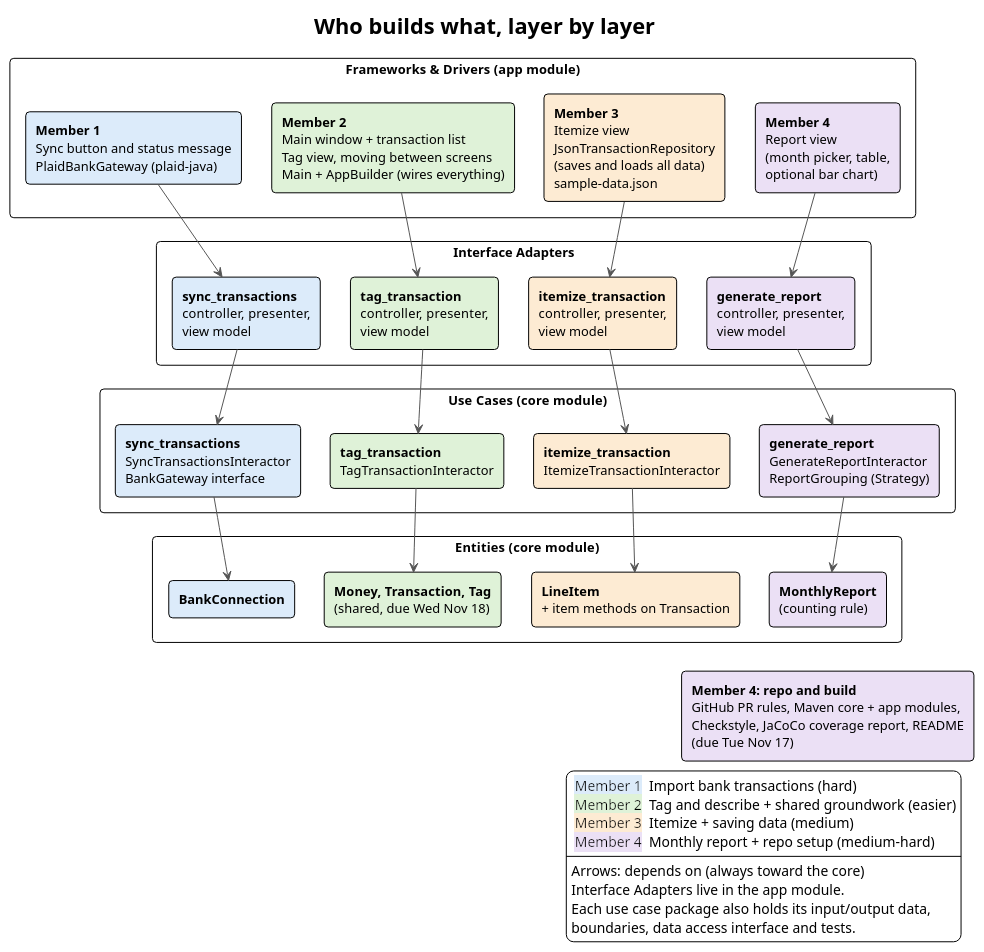
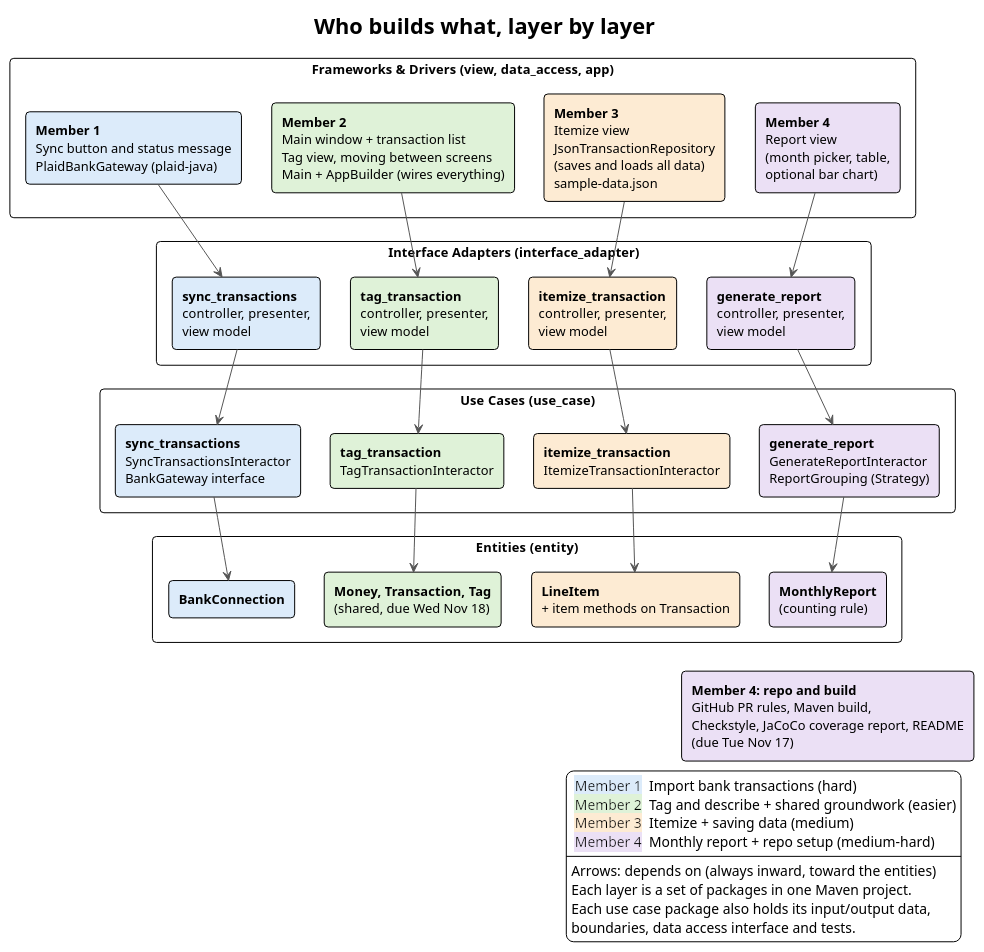
Before and after one commit to songranshyu/207-final-project: the diagram in docs/diagrams/who-builds-what.puml, drawn with PlantUML. The commit also changed 17 other files, not shown here.

```diff
--- a/docs/diagrams/who-builds-what.puml
+++ b/docs/diagrams/who-builds-what.puml
@@ -1,79 +1,79 @@
 @startuml who-builds-what
 ' Who builds what, layer by layer (one colour per member)
 ' To change: edit this file, paste it into https://www.plantuml.com/plantuml, and replace the PNG.
 !theme plain
 skinparam defaultFontName Arial
 skinparam defaultFontSize 13
 skinparam shadowing false
 skinparam packageStyle rectangle
 skinparam rectangle {
   RoundCorner 8
 }
 skinparam nodesep 30
 skinparam ranksep 45
 skinparam ArrowColor #555555
 
 title Who builds what, layer by layer
 
-package "Frameworks & Drivers  (app module)" {
+package "Frameworks & Drivers  (view, data_access, app)" {
   rectangle "**Member 1**\nSync button and status message\nPlaidBankGateway (plaid-java)" as F1 #DCEBFA
   rectangle "**Member 2**\nMain window + transaction list\nTag view, moving between screens\nMain + AppBuilder (wires everything)" as F2 #DFF2D8
   rectangle "**Member 3**\nItemize view\nJsonTransactionRepository\n(saves and loads all data)\nsample-data.json" as F3 #FDEBD3
   rectangle "**Member 4**\nReport view\n(month picker, table,\noptional bar chart)" as F4 #EBE0F5
 }
 
-package "Interface Adapters" {
+package "Interface Adapters  (interface_adapter)" {
   rectangle "**sync_transactions**\ncontroller, presenter,\nview model" as A1 #DCEBFA
   rectangle "**tag_transaction**\ncontroller, presenter,\nview model" as A2 #DFF2D8
   rectangle "**itemize_transaction**\ncontroller, presenter,\nview model" as A3 #FDEBD3
   rectangle "**generate_report**\ncontroller, presenter,\nview model" as A4 #EBE0F5
 }
 
-package "Use Cases  (core module)" {
+package "Use Cases  (use_case)" {
   rectangle "**sync_transactions**\nSyncTransactionsInteractor\nBankGateway interface" as U1 #DCEBFA
   rectangle "**tag_transaction**\nTagTransactionInteractor" as U2 #DFF2D8
   rectangle "**itemize_transaction**\nItemizeTransactionInteractor" as U3 #FDEBD3
   rectangle "**generate_report**\nGenerateReportInteractor\nReportGrouping (Strategy)" as U4 #EBE0F5
 }
 
-package "Entities  (core module)" {
+package "Entities  (entity)" {
   rectangle "**BankConnection**" as E1 #DCEBFA
   rectangle "**Money, Transaction, Tag**\n(shared, due Wed Nov 18)" as E2 #DFF2D8
   rectangle "**LineItem**\n+ item methods on Transaction" as E3 #FDEBD3
   rectangle "**MonthlyReport**\n(counting rule)" as E4 #EBE0F5
 }
 
-rectangle "**Member 4: repo and build**\nGitHub PR rules, Maven core + app modules,\nCheckstyle, JaCoCo coverage report, README\n(due Tue Nov 17)" as B4 #EBE0F5
+rectangle "**Member 4: repo and build**\nGitHub PR rules, Maven build,\nCheckstyle, JaCoCo coverage report, README\n(due Tue Nov 17)" as B4 #EBE0F5
 
 F1 -down-> A1
 A1 -down-> U1
 U1 -down-> E1
 F2 -down-> A2
 A2 -down-> U2
 U2 -down-> E2
 F3 -down-> A3
 A3 -down-> U3
 U3 -down-> E3
 F4 -down-> A4
 A4 -down-> U4
 U4 -down-> E4
 E4 -[hidden]down-> B4
 F1 -[hidden]right- F2
 F2 -[hidden]right- F3
 F3 -[hidden]right- F4
 E1 -[hidden]right- E2
 E2 -[hidden]right- E3
 E3 -[hidden]right- E4
 
 legend right
   <back:#DCEBFA> Member 1 </back> Import bank transactions (hard)
   <back:#DFF2D8> Member 2 </back> Tag and describe + shared groundwork (easier)
   <back:#FDEBD3> Member 3 </back> Itemize + saving data (medium)
   <back:#EBE0F5> Member 4 </back> Monthly report + repo setup (medium-hard)
   ----
-  Arrows: depends on (always toward the core)
-  Interface Adapters live in the app module.
+  Arrows: depends on (always inward, toward the entities)
+  Each layer is a set of packages in one Maven project.
   Each use case package also holds its input/output data,
   boundaries, data access interface and tests.
 endlegend
 @enduml
```
